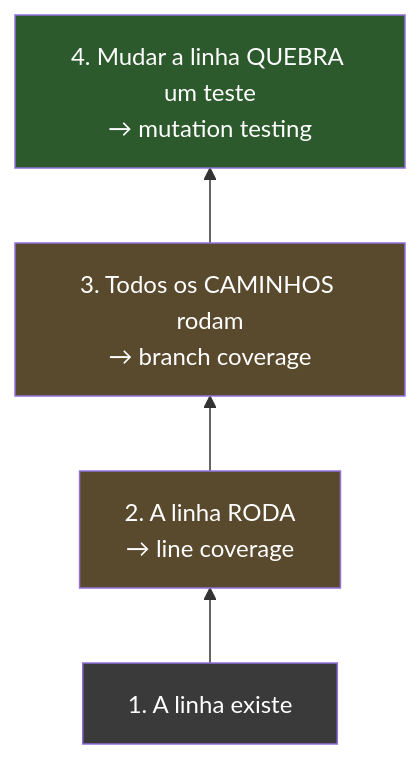
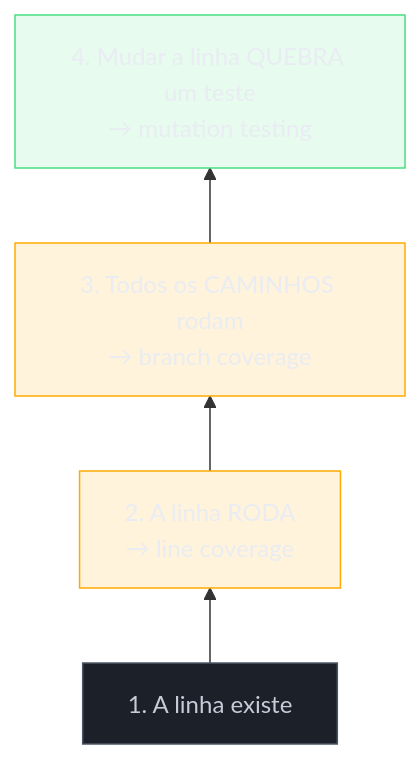
The sixth of 6 diagrams in 03-Dominios/Engenharia/Testes/12 - Coverage e mutation testing.md (josenaldo/codex-technomanticus), drawn with Mermaid before and after one commit. The commit also changed other lines of this file and 1181 other files, not shown here.

First line of the commit message:
fix(diagramas): paleta do sistema no lugar de cor cravada no markdown

````diff
--- a/03-Dominios/Engenharia/Testes/12 - Coverage e mutation testing.md
+++ b/03-Dominios/Engenharia/Testes/12 - Coverage e mutation testing.md
@@ -405,11 +417,14 @@
 ```mermaid
 flowchart BT
+    classDef neutro fill:#1B2029,stroke:#4E5666,color:#C6CCD8
+    classDef destaque fill:#FFAA0024,stroke:#FFAA00,color:#E9ECF2
+    classDef ok fill:#4ADE8021,stroke:#4ADE80,color:#E9ECF2
     L1["1. A linha existe"] --> L2["2. A linha RODA<br/>→ line coverage"]
     L2 --> L3["3. Todos os CAMINHOS rodam<br/>→ branch coverage"]
     L3 --> L4["4. Mudar a linha QUEBRA um teste<br/>→ mutation testing"]
 
-    style L1 fill:#3a3a3a,color:#fff
-    style L2 fill:#5a4a2d,color:#fff
-    style L3 fill:#5a4a2d,color:#fff
-    style L4 fill:#2d5a2d,color:#fff
+    class L1 neutro
+    class L2 destaque
+    class L3 destaque
+    class L4 ok
 ```
````
